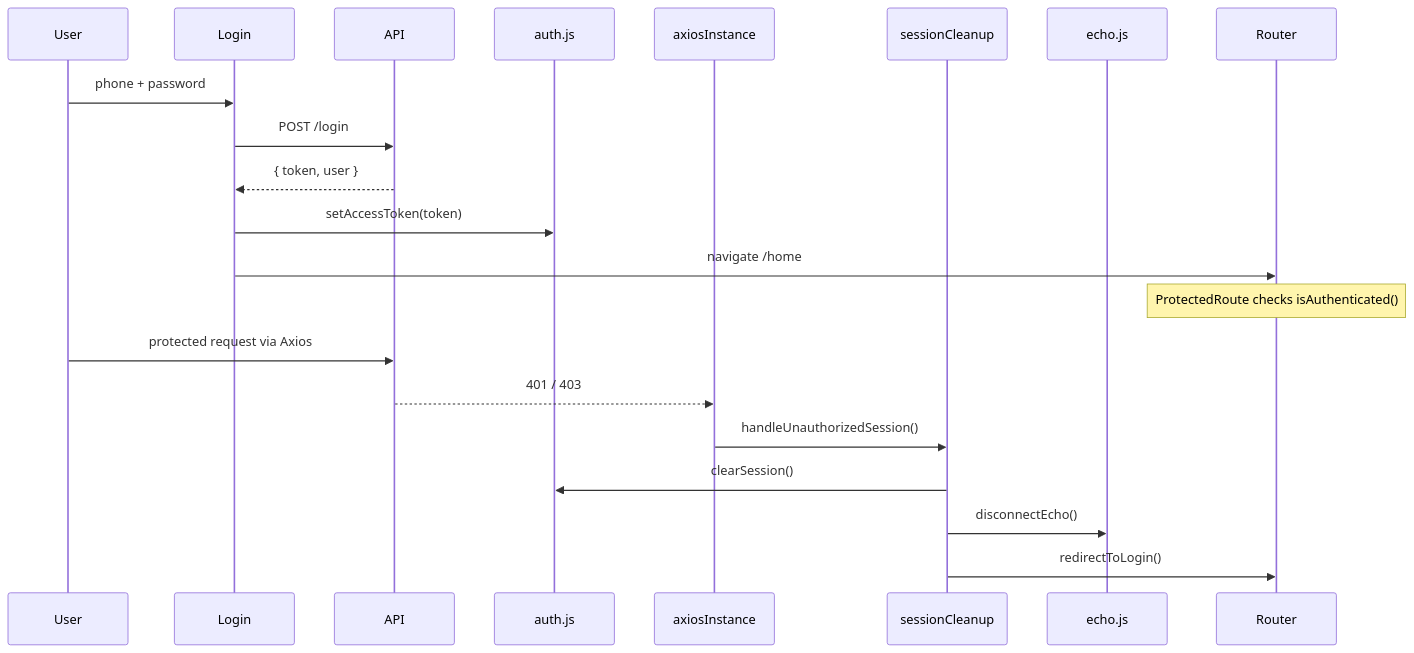
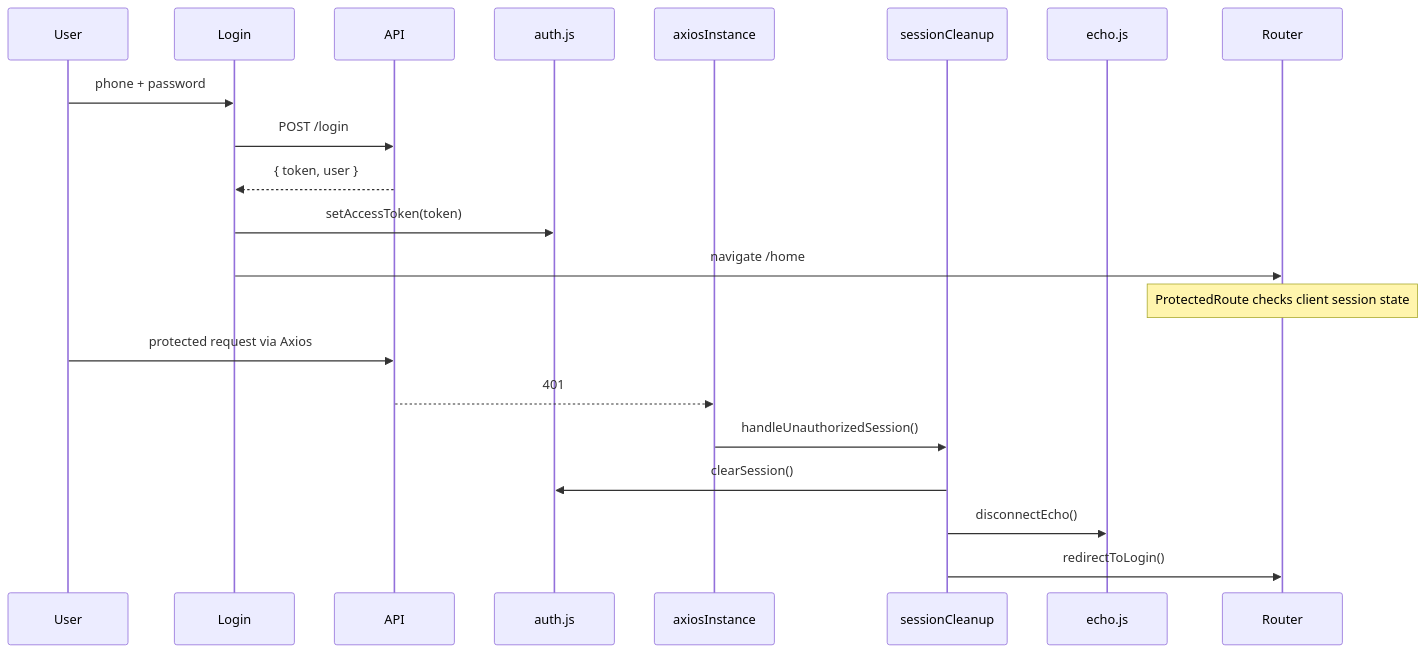
Before and after one commit to suliman-mousa/Rento-Car: the second of 3 diagrams in dashboard-architecture.md, drawn with Mermaid. The commit also changed other lines of this file, not shown here.

````diff
--- a/dashboard-architecture.md
+++ b/dashboard-architecture.md
@@ -76,26 +157,26 @@
 ```mermaid
 sequenceDiagram
     participant User
     participant Login
     participant API
     participant Auth as auth.js
     participant Axios as axiosInstance
     participant Cleanup as sessionCleanup
     participant Echo as echo.js
     participant Router
 
     User->>Login: phone + password
     Login->>API: POST /login
     API-->>Login: { token, user }
     Login->>Auth: setAccessToken(token)
     Login->>Router: navigate /home
 
-    Note over Router: ProtectedRoute checks isAuthenticated()
+    Note over Router: ProtectedRoute checks client session state
 
     User->>API: protected request via Axios
-    API-->>Axios: 401 / 403
+    API-->>Axios: 401
     Axios->>Cleanup: handleUnauthorizedSession()
     Cleanup->>Auth: clearSession()
     Cleanup->>Echo: disconnectEcho()
     Cleanup->>Router: redirectToLogin()
 ```
````
